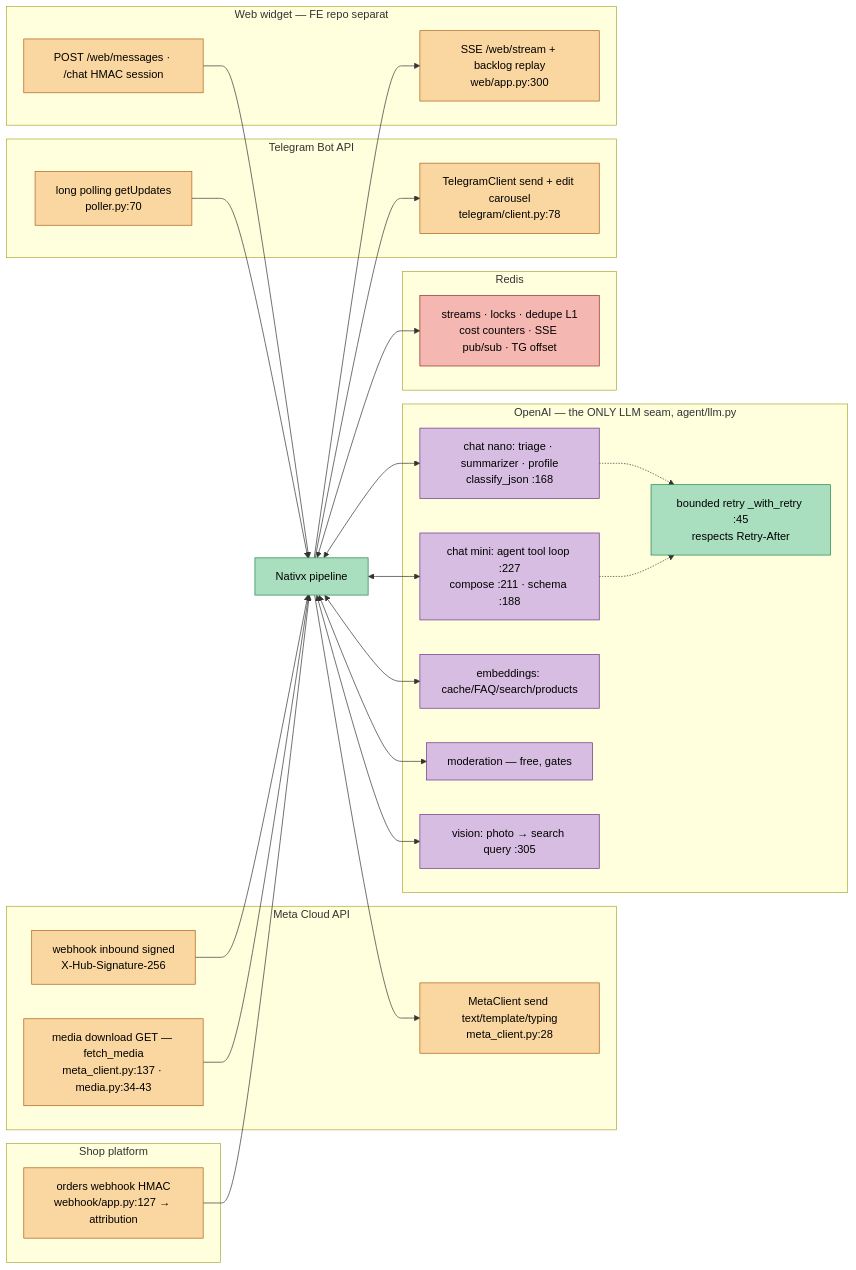
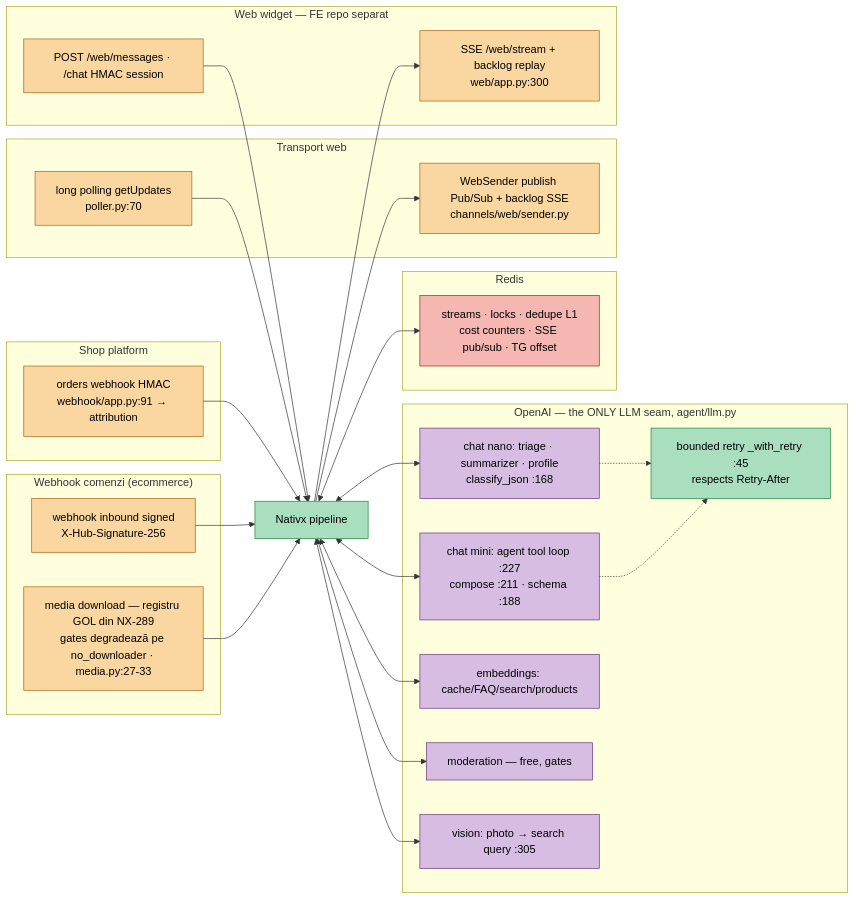
One commit to AdiBoaru/Sales-Ass changed diagram 17 of 19 in docs/ARCHITECTURE-WORKFLOWS.md. Above: the diagram before and after it, drawn with Mermaid. The commit also changed other lines of this file and 133 other files, not shown here.

First line of the commit message:
NX-289: WhatsApp si Telegram ies din proiect (cod + schema) (#362)

````diff
--- a/docs/ARCHITECTURE-WORKFLOWS.md
+++ b/docs/ARCHITECTURE-WORKFLOWS.md
@@ -1257,59 +1232,57 @@
 ```mermaid
 flowchart LR
   classDef sys fill:#a9dfbf,stroke:#1e8449,color:#000
   classDef ext fill:#fad7a0,stroke:#af601a,color:#000
   classDef llm fill:#d7bde2,stroke:#6c3483,color:#000
   classDef q fill:#f5b7b1,stroke:#922b21,color:#000
 
   subgraph OpenAI["OpenAI — the ONLY LLM seam, agent/llm.py"]
     NANO["chat nano: triage · summarizer · profile<br/>classify_json :168"]:::llm
     MINI["chat mini: agent tool loop :227<br/>compose :211 · schema :188"]:::llm
     EMBD["embeddings: cache/FAQ/search/products"]:::llm
     MOD["moderation — free, gates"]:::llm
     VISN["vision: photo → search query :305"]:::llm
     RTY["bounded retry _with_retry :45<br/>respects Retry-After"]:::sys
   end
 
-  subgraph Meta["Meta Cloud API"]
+  subgraph Commerce["Webhook comenzi (ecommerce)"]
     MIN["webhook inbound signed<br/>X-Hub-Signature-256"]:::ext
-    MOUT["MetaClient send text/template/typing<br/>meta_client.py:28"]:::ext
-    MMED["media download GET — fetch_media<br/>meta_client.py:137 · media.py:34-43"]:::ext
+    MMED["media download — registru GOL din NX-289<br/>gates degradează pe no_downloader · media.py:27-33"]:::ext
   end
 
-  subgraph TG["Telegram Bot API"]
+  subgraph WebOut["Transport web"]
     TIN["long polling getUpdates<br/>poller.py:70"]:::ext
-    TOUT["TelegramClient send + edit carousel<br/>telegram/client.py:78"]:::ext
+    TOUT["WebSender publish Pub/Sub + backlog SSE<br/>channels/web/sender.py"]:::ext
   end
 
   subgraph Web["Web widget — FE repo separat"]
     WIN["POST /web/messages · /chat HMAC session"]:::ext
     WOUT2["SSE /web/stream + backlog replay<br/>web/app.py:300"]:::ext
   end
 
   subgraph Shop["Shop platform"]
-    OIN["orders webhook HMAC<br/>webhook/app.py:127 → attribution"]:::ext
+    OIN["orders webhook HMAC<br/>webhook/app.py:91 → attribution"]:::ext
   end
 
   subgraph RedisSvc["Redis"]
     RS["streams · locks · dedupe L1<br/>cost counters · SSE pub/sub · TG offset"]:::q
   end
 
   SYS["Nativx pipeline"]:::sys
 
   MIN --> SYS
   TIN --> SYS
   WIN --> SYS
   OIN --> SYS
   MMED --> SYS
-  SYS --> MOUT
   SYS --> TOUT
   SYS --> WOUT2
   SYS <--> RS
   SYS <--> NANO
   SYS <--> MINI
   SYS <--> EMBD
   SYS <--> MOD
   SYS <--> VISN
   NANO -.-> RTY
   MINI -.-> RTY
 ```
````
